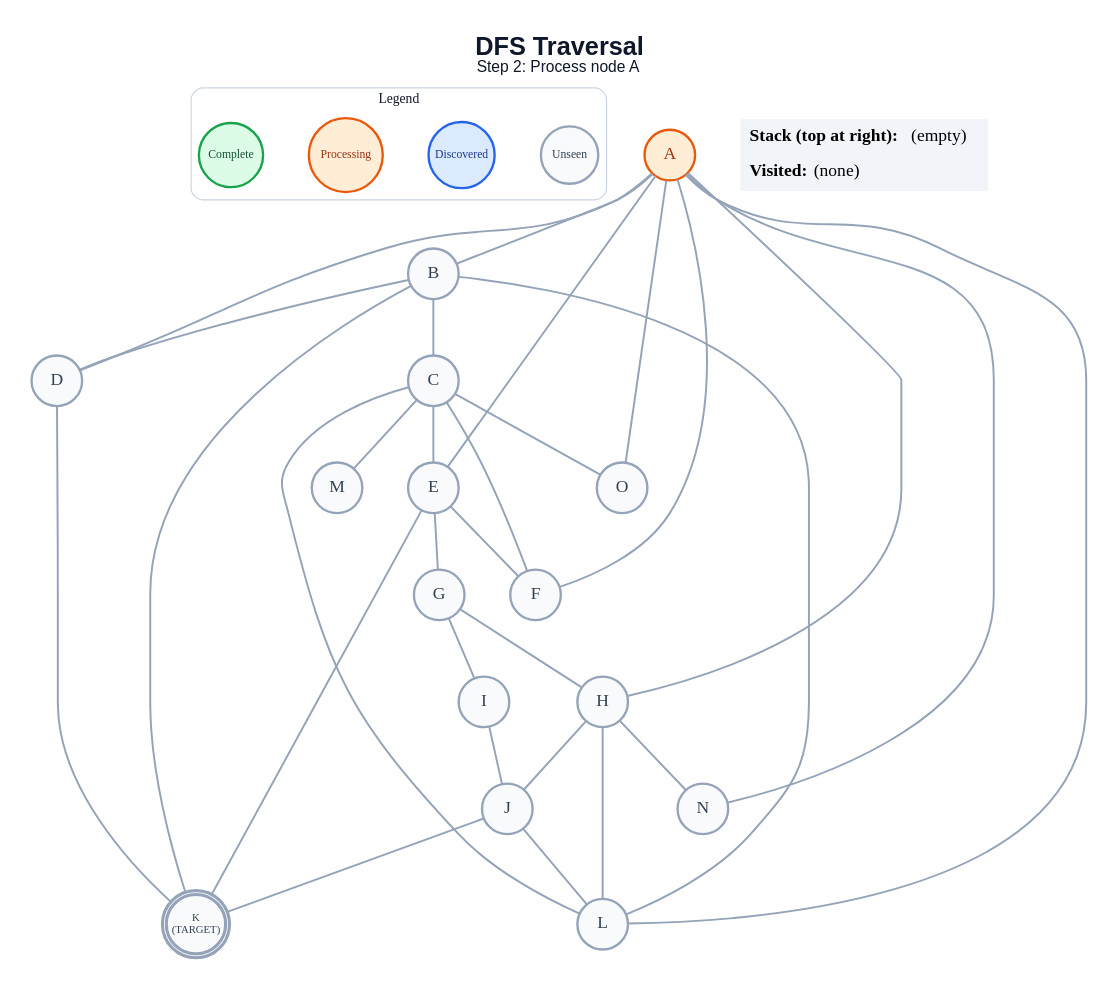
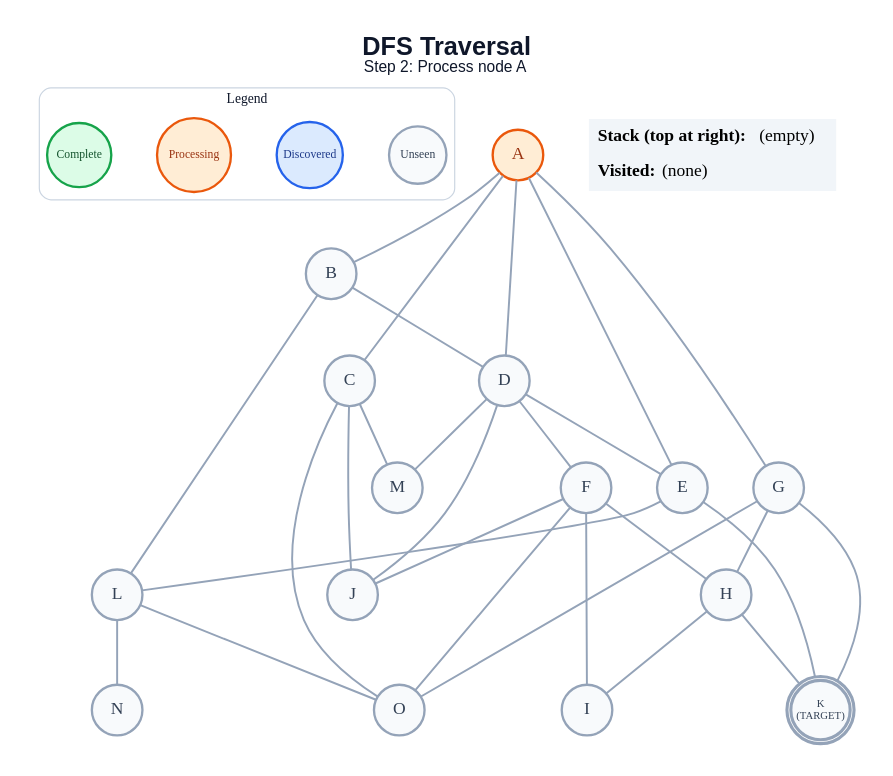
Before and after one commit to anon7238593-create/ai-slop: the diagram in generated/dfs/step_02.dot, drawn with Graphviz. The commit also changed 238 other files, not shown here.

```diff
--- a/generated/dfs/step_02.dot
+++ b/generated/dfs/step_02.dot
@@ -1,63 +1,61 @@
 graph traversal {
   graph [layout=dot, rankdir=TB, bgcolor="#FFFFFF", pad="0.35", nodesep="0.65", ranksep="0.8", fontname="Arial"];
   node [shape=circle, style="filled", fontname="Arial Bold", fontsize=18, width=0.72, fixedsize=true, penwidth=2.4];
   edge [color="#94A3B8", penwidth=2.0];
   label=<<B>DFS Traversal</B><BR/><FONT POINT-SIZE="16">Step 2: Process node A</FONT>>; labelloc="t"; fontsize=26; fontname="Arial"; fontcolor="#0F172A";
   subgraph cluster_legend { label="Legend"; color="#CBD5E1"; penwidth=1.2; style="rounded"; fontsize=14; fontname="Arial Bold";
     key_unseen [label="Unseen", fillcolor="#F8FAFC", color="#94A3B8", fontcolor="#334155", fontsize=12, width=0.82];
     key_frontier [label="Discovered", fillcolor="#DBEAFE", color="#2563EB", fontcolor="#1E3A8A", fontsize=12, width=0.95];
     key_current [label="Processing", fillcolor="#FFEDD5", color="#EA580C", fontcolor="#9A3412", fontsize=12, width=1.05];
     key_done [label="Complete", fillcolor="#DCFCE7", color="#16A34A", fontcolor="#14532D", fontsize=12, width=0.92];
     { rank=same; key_unseen; key_frontier; key_current; key_done; }
   }
   A [label="A", fillcolor="#FFEDD5", color="#EA580C", fontcolor="#9A3412", peripheries=1, penwidth=2.4];
   B [label="B", fillcolor="#F8FAFC", color="#94A3B8", fontcolor="#334155", peripheries=1, penwidth=2.4];
   C [label="C", fillcolor="#F8FAFC", color="#94A3B8", fontcolor="#334155", peripheries=1, penwidth=2.4];
   D [label="D", fillcolor="#F8FAFC", color="#94A3B8", fontcolor="#334155", peripheries=1, penwidth=2.4];
   E [label="E", fillcolor="#F8FAFC", color="#94A3B8", fontcolor="#334155", peripheries=1, penwidth=2.4];
   F [label="F", fillcolor="#F8FAFC", color="#94A3B8", fontcolor="#334155", peripheries=1, penwidth=2.4];
   G [label="G", fillcolor="#F8FAFC", color="#94A3B8", fontcolor="#334155", peripheries=1, penwidth=2.4];
   H [label="H", fillcolor="#F8FAFC", color="#94A3B8", fontcolor="#334155", peripheries=1, penwidth=2.4];
   I [label="I", fillcolor="#F8FAFC", color="#94A3B8", fontcolor="#334155", peripheries=1, penwidth=2.4];
   J [label="J", fillcolor="#F8FAFC", color="#94A3B8", fontcolor="#334155", peripheries=1, penwidth=2.4];
   K [label="K\n(TARGET)", fillcolor="#F8FAFC", color="#94A3B8", fontcolor="#334155", peripheries=2, penwidth=3.2, fontsize=11, width=0.85, height=0.85];
   L [label="L", fillcolor="#F8FAFC", color="#94A3B8", fontcolor="#334155", peripheries=1, penwidth=2.4];
   M [label="M", fillcolor="#F8FAFC", color="#94A3B8", fontcolor="#334155", peripheries=1, penwidth=2.4];
   N [label="N", fillcolor="#F8FAFC", color="#94A3B8", fontcolor="#334155", peripheries=1, penwidth=2.4];
   O [label="O", fillcolor="#F8FAFC", color="#94A3B8", fontcolor="#334155", peripheries=1, penwidth=2.4];
   A -- B;
+  A -- C;
   A -- D;
   A -- E;
-  A -- F;
-  A -- H;
-  A -- L;
-  A -- N;
-  A -- O;
-  B -- C;
+  A -- G;
   B -- D;
-  B -- K;
   B -- L;
-  C -- E;
-  C -- F;
-  C -- L;
+  C -- J;
   C -- M;
   C -- O;
-  D -- K;
-  E -- F;
-  E -- G;
+  D -- E;
+  D -- F;
+  D -- J;
+  D -- M;
   E -- K;
+  E -- L;
+  F -- H;
+  F -- I;
+  F -- J;
+  F -- O;
   G -- H;
-  G -- I;
-  H -- J;
-  H -- L;
-  H -- N;
-  I -- J;
-  J -- K;
-  J -- L;
+  G -- K;
+  G -- O;
+  H -- I;
+  H -- K;
+  L -- N;
+  L -- O;
   status [shape=plain, fixedsize=false, width=0, height=0, margin=0, label=<
     <TABLE BORDER="0" CELLBORDER="0" CELLPADDING="7" BGCOLOR="#F1F5F9">
       <TR><TD ALIGN="LEFT"><B>Stack (top at right):</B> (empty)</TD></TR>
       <TR><TD ALIGN="LEFT"><B>Visited:</B> (none)</TD></TR>
     </TABLE>
   >];
 }
```
